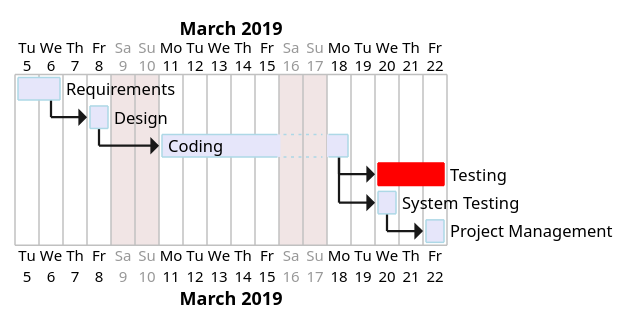
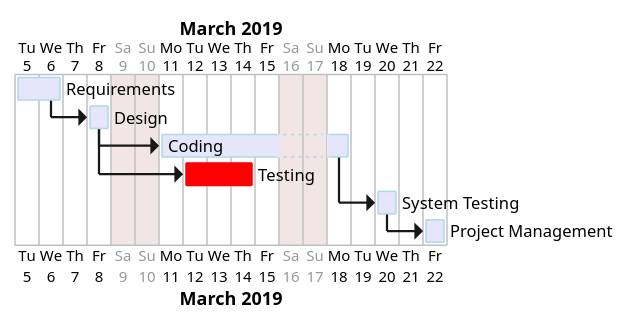
The diagram in templates/templates_EstimationTemplate.md (salvatore-dimartino/LaTazza), drawn with PlantUML before and after one commit.

````diff
--- a/templates/templates_EstimationTemplate.md
+++ b/templates/templates_EstimationTemplate.md
@@ -62,13 +62,13 @@
 ```plantuml
 @startgantt
 project starts the 2019/03/5
 sunday are closed
 saturday are closed
 [Requirements] lasts 2 days and is colored in Lavender/LightBlue
 [Design] lasts 1 days and starts 1 days after [Requirements]'s end and is colored in Lavender/LightBlue
 [Coding] lasts 6 days and starts 1 days after [Design]'s end and is colored in Lavender/LightBlue
-[Testing] lasts 3 days and starts 1 days after [Coding]'s end and is colored in Red
+[Testing] lasts 3 days and starts 3 days after [Design]'s end and is colored in Red
 [System Testing] lasts 1 days and starts 1 days after [Coding]'s end and is colored in Lavender/LightBlue
 [Project Management] lasts 1 days and starts 1 days after [System Testing]'s end and is colored in Lavender/LightBlue
 @endgantt
 ```
````
